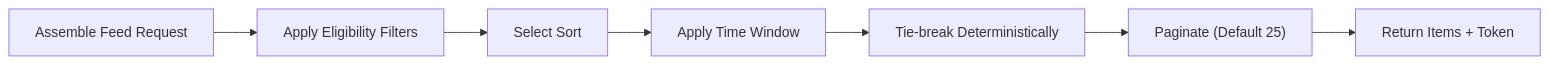
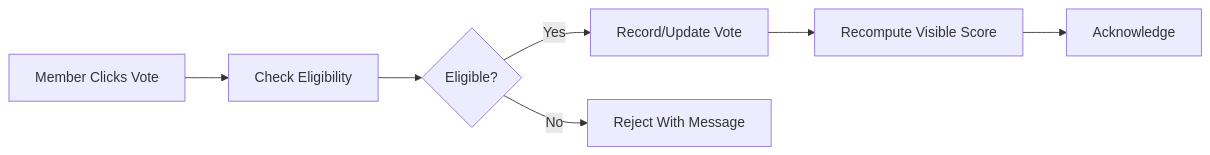
The fifth of 7 diagrams in openai/gpt-5/reddit/docs/analysis/02-communityPlatform-business-model.md (wrtnlabs/autobe-examples), drawn with Mermaid before and after one commit. The commit also changed other lines of this file and 16146 other files, not shown here.

````diff
--- a/openai/gpt-5/reddit/docs/analysis/02-communityPlatform-business-model.md
+++ b/openai/gpt-5/reddit/docs/analysis/02-communityPlatform-business-model.md
@@ -221,9 +147,9 @@
 ```mermaid
 graph LR
-  A["Assemble Feed Request"] --> B["Apply Eligibility Filters"]
-  B --> C["Select Sort"]
-  C --> D["Apply Time Window"]
-  D --> E["Tie-break Deterministically"]
-  E --> F["Paginate (Default 25)"]
-  F --> G["Return Items + Token"]
+  A["Member Clicks Vote"] --> B["Check Eligibility"]
+  B --> C{"Eligible?"}
+  C -->|"Yes"| D["Record/Update Vote"]
+  D --> E["Recompute Visible Score"]
+  E --> F["Acknowledge"]
+  C -->|"No"| G["Reject With Message"]
 ```
````
